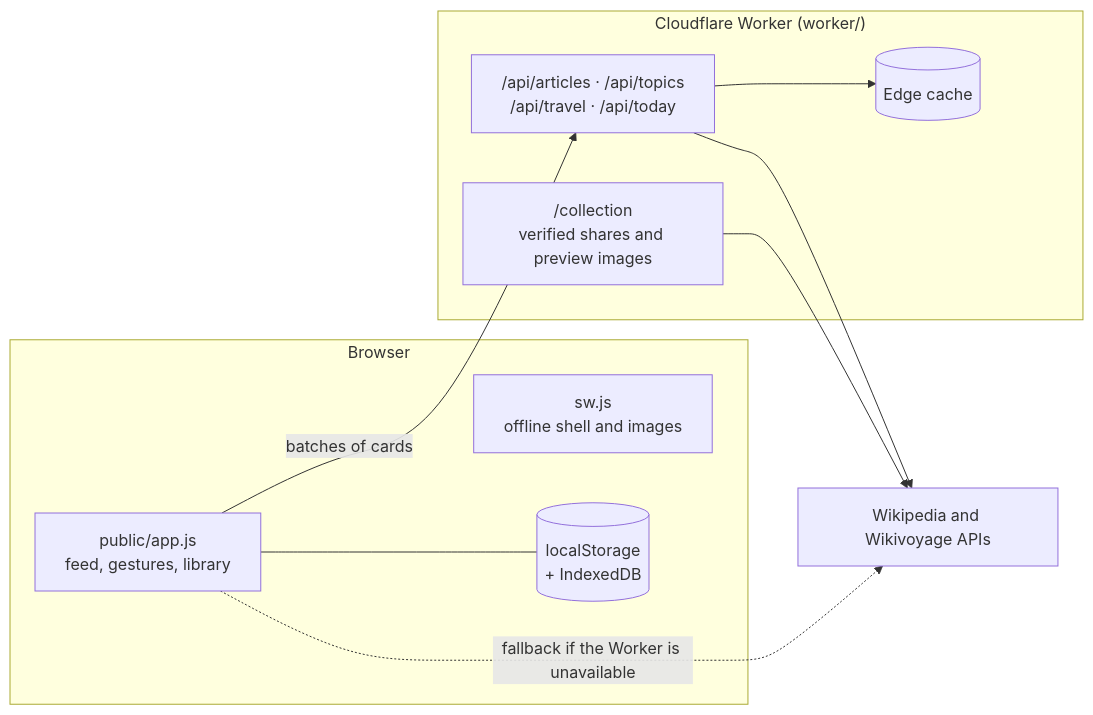
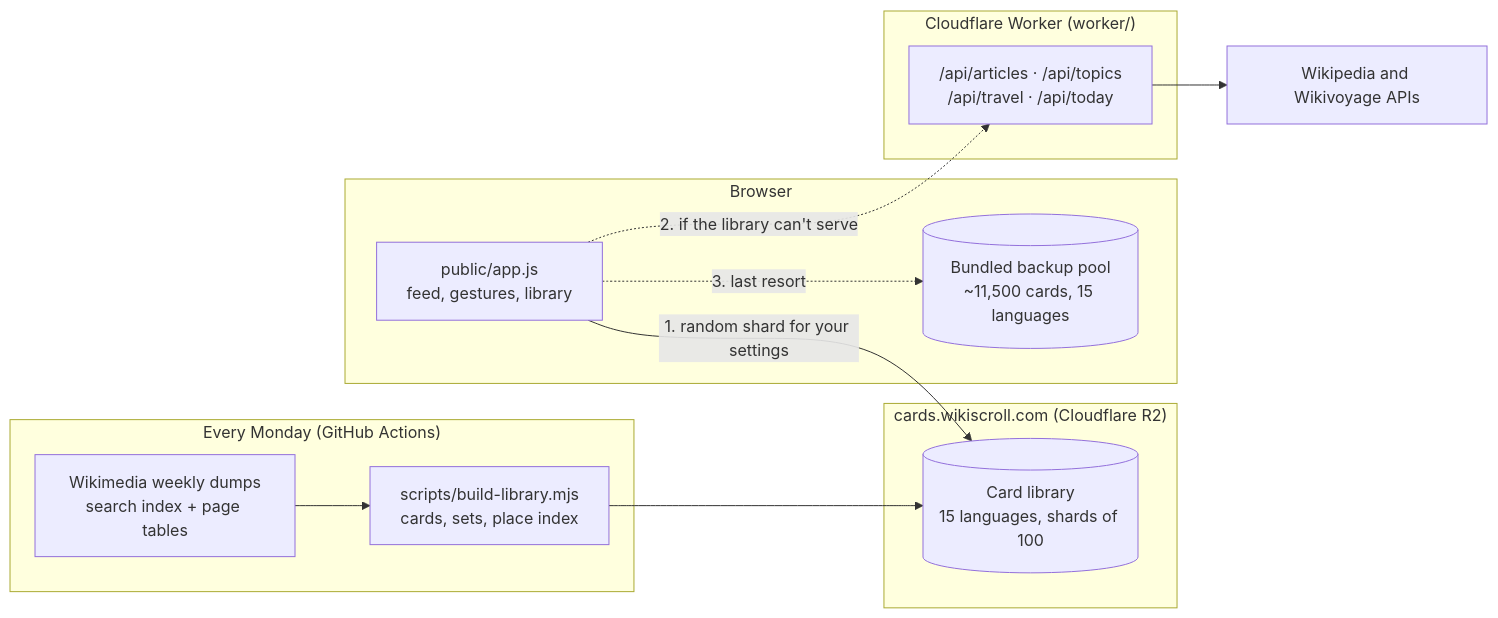
The diagram in README.md (Golps/WikiScroll), drawn with Mermaid before and after one commit. The commit also changed other lines of this file and 24 other files, not shown here.

First line of the commit message:
README and About page for the prebuilt card library (#18)

````diff
--- a/README.md
+++ b/README.md
@@ -199,20 +206,23 @@
 ```mermaid
 flowchart LR
+  subgraph Weekly["Every Monday (GitHub Actions)"]
+    DUMPS["Wikimedia weekly dumps<br>search index + page tables"]
+    BUILD["scripts/build-library.mjs<br>cards, sets, place index"]
+  end
+  subgraph R2["cards.wikiscroll.com (Cloudflare R2)"]
+    LIB[("Card library<br>15 languages, shards of 100")]
+  end
   subgraph Browser
     UI["public/app.js<br>feed, gestures, library"]
-    SW["sw.js<br>offline shell and images"]
-    LS[("localStorage<br>+ IndexedDB")]
+    POOL[("Bundled backup pool<br>~11,500 cards, 15 languages")]
   end
   subgraph Worker["Cloudflare Worker (worker/)"]
     API["/api/articles · /api/topics<br>/api/travel · /api/today"]
-    COL["/collection<br>verified shares and preview images"]
-    CACHE[("Edge cache")]
   end
   WM["Wikipedia and Wikivoyage APIs"]
-  UI -- "batches of cards" --> API
-  UI --- LS
-  API --> CACHE
+  DUMPS --> BUILD --> LIB
+  UI -- "1. random shard for your settings" --> LIB
+  UI -. "2. if the library can't serve" .-> API
   API --> WM
-  COL --> WM
-  UI -. "fallback if the Worker is unavailable" .-> WM
+  UI -. "3. last resort" .-> POOL
 ```
````
